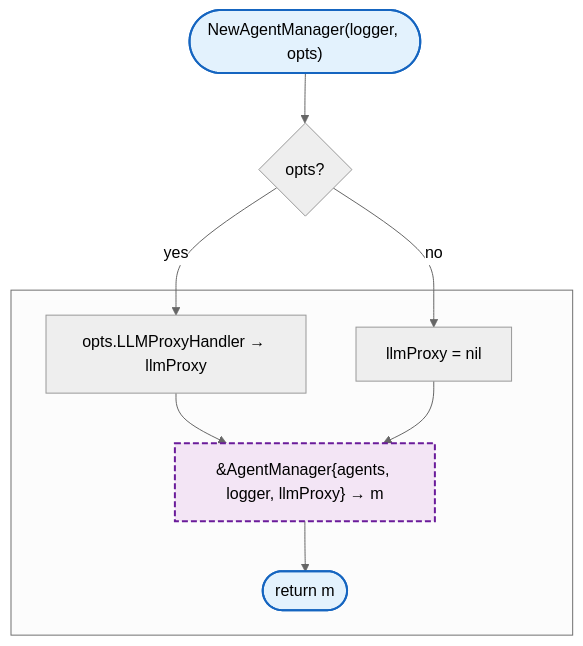
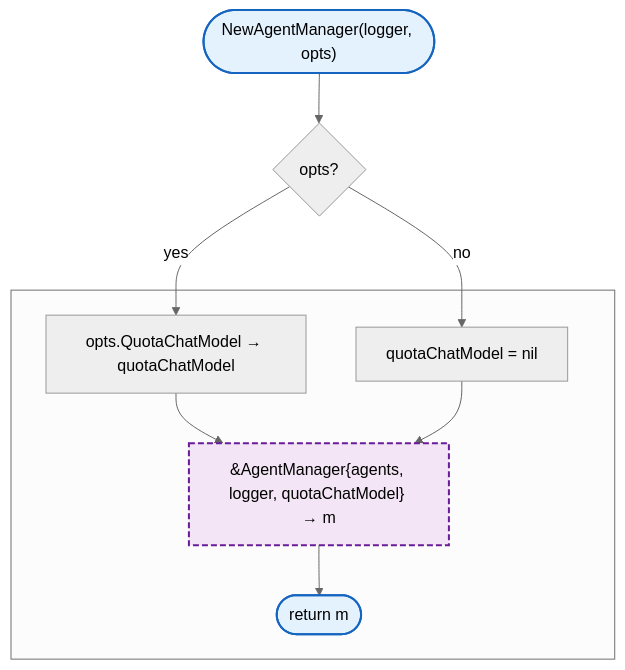
Before and after one commit to radch-ai/ava: the ninth of 12 diagrams in docs/internal/websocket.md, drawn with Mermaid (neutral theme). The commit also changed other lines of this file and 38 other files, not shown here.

````diff
--- a/docs/internal/websocket.md
+++ b/docs/internal/websocket.md
@@ -414,18 +393,18 @@
 ```mermaid
 flowchart TB
     Start(["NewAgentManager(logger, opts)"]) --> CheckOpts{opts?}
-    CheckOpts -->|yes| GetLLMProxy["opts.LLMProxyHandler → llmProxy"]
-    CheckOpts -->|no| NoProxy["llmProxy = nil"]
+    CheckOpts -->|yes| GetModel["opts.QuotaChatModel → quotaChatModel"]
+    CheckOpts -->|no| NoModel["quotaChatModel = nil"]
 
     subgraph SGCreateManager [" "]
-        GetLLMProxy --> CreateManager["&AgentManager{agents, logger, llmProxy} → m"]
-        NoProxy --> CreateManager
+        GetModel --> CreateManager["&AgentManager{agents, logger, quotaChatModel} → m"]
+        NoModel --> CreateManager
         CreateManager --> Done(["return m"])
     end
 
     classDef mainFn fill:#e3f2fd,stroke:#1565c0,stroke-width:2px
     classDef internalFn fill:#f3e5f5,stroke:#6a1b9a,stroke-width:2px,stroke-dasharray:6 3
 
     class Start,Done mainFn
     class CreateManager internalFn
 ```
````
